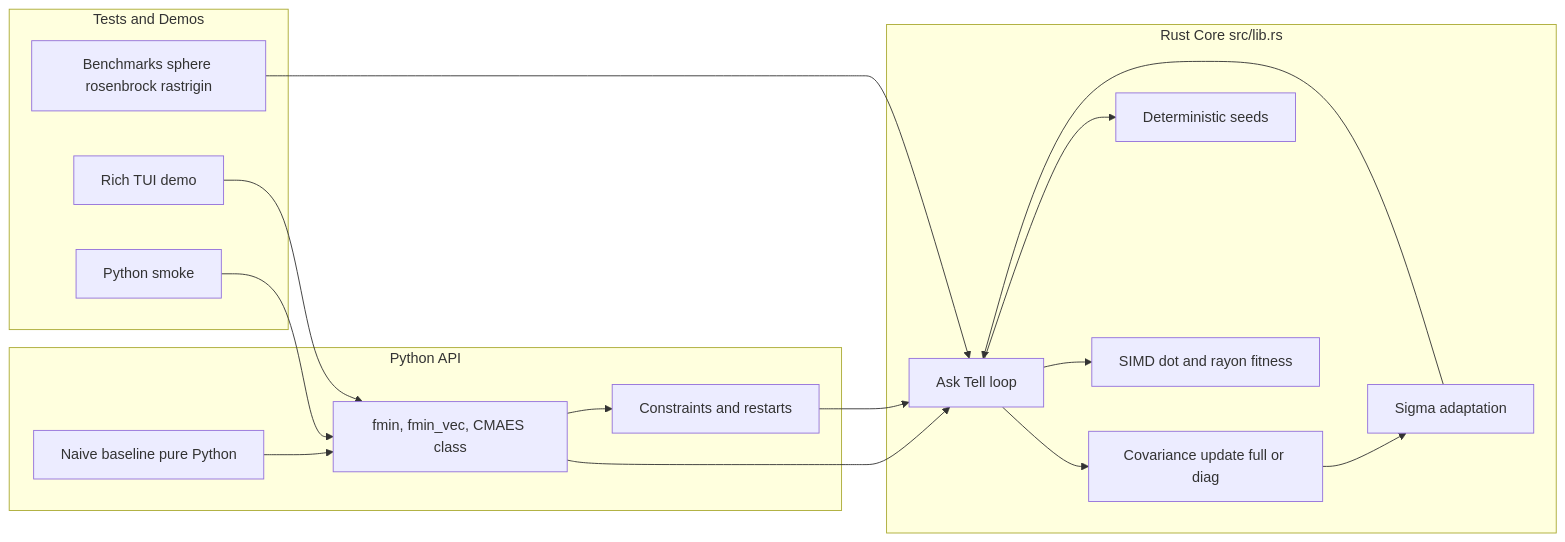
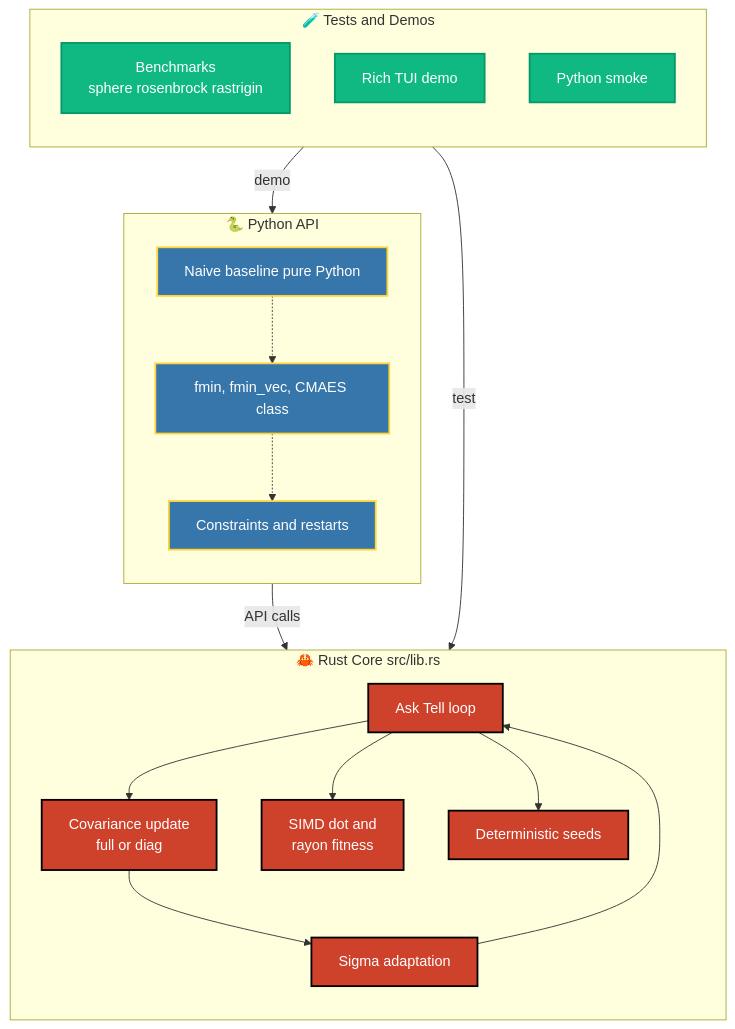
Before and after one commit to joyshmitz/fast_cmaes: the diagram in README.md, drawn with Mermaid.

Commit message:
docs: enhance README architecture diagram with improved layout and styling

````diff
--- a/README.md
+++ b/README.md
@@ -36,33 +36,44 @@
 ```mermaid
-flowchart LR
-    subgraph PythonAPI["Python API"]
-    A["fmin, fmin_vec, CMAES class"]
-    B["Constraints and restarts"]
-    C["Naive baseline pure Python"]
+flowchart TD
+    subgraph PythonAPI["🐍 Python API"]
+        direction TB
+        A["fmin, fmin_vec, CMAES class"]
+        B["Constraints and restarts"]
+        C["Naive baseline pure Python"]
+        A -.-> B
+        C -.-> A
     end
 
-    subgraph RustCore["Rust Core src/lib.rs"]
-    D["Ask Tell loop"]
-    E["Covariance update full or diag"]
-    F["Sigma adaptation"]
-    G["SIMD dot and rayon fitness"]
-    H["Deterministic seeds"]
+    subgraph RustCore["🦀 Rust Core src/lib.rs"]
+        direction TB
+        D["Ask Tell loop"]
+        E["Covariance update<br/>full or diag"]
+        F["Sigma adaptation"]
+        G["SIMD dot and<br/>rayon fitness"]
+        H["Deterministic seeds"]
+        D --> E
+        E --> F
+        F --> D
+        D --> G
+        D --> H
     end
 
-    subgraph TestsDemos["Tests and Demos"]
-    I["Benchmarks sphere rosenbrock rastrigin"]
-    J["Rich TUI demo"]
-    K["Python smoke"]
+    subgraph TestsDemos["🧪 Tests and Demos"]
+        direction TB
+        I["Benchmarks<br/>sphere rosenbrock rastrigin"]
+        J["Rich TUI demo"]
+        K["Python smoke"]
     end
 
-    A --> D
-    A --> B
-    B --> D
-    D --> E --> F --> D
-    D --> G
-    D --> H
-    I --> D
-    J --> A
-    K --> A
-    C --> A
+    PythonAPI -->|API calls| RustCore
+    TestsDemos -->|test| RustCore
+    TestsDemos -->|demo| PythonAPI
+
+    classDef pythonStyle fill:#3776ab,stroke:#ffd43b,stroke-width:2px,color:#fff
+    classDef rustStyle fill:#ce412b,stroke:#000,stroke-width:2px,color:#fff
+    classDef testStyle fill:#10b981,stroke:#059669,stroke-width:2px,color:#fff
+
+    class A,B,C pythonStyle
+    class D,E,F,G,H rustStyle
+    class I,J,K testStyle
 ```
````
